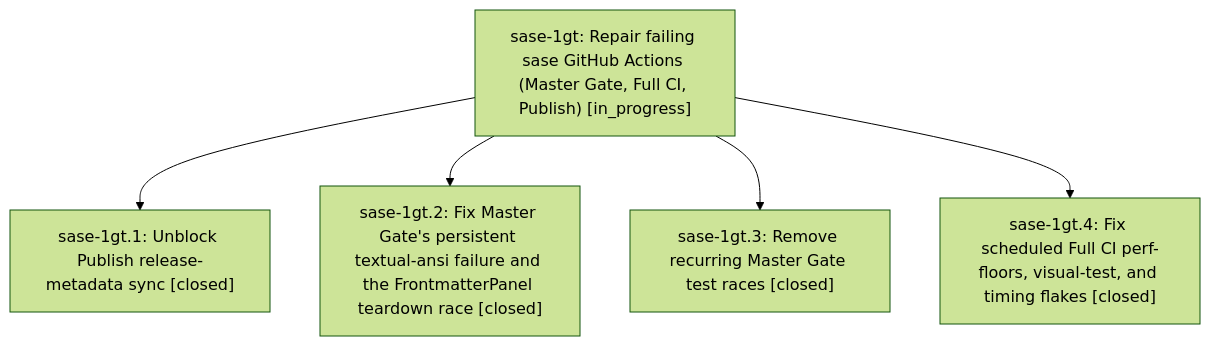
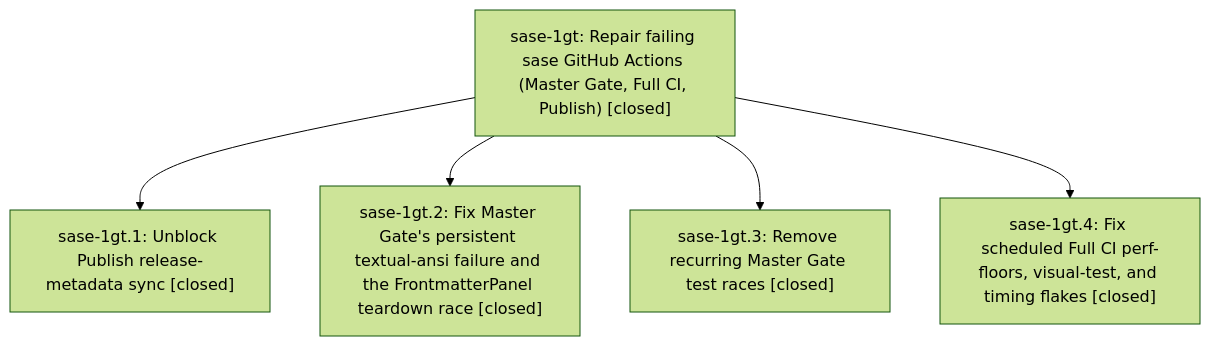
Before and after one commit to sase-org/sase--beads: the diagram in pages/sase-1gt/README.md, drawn with Mermaid (forest theme). The commit also changed other lines of this file and 1 other file, not shown here.

First line of the commit message:
chore(beads): sync bead state and pages for sase-1gt

````diff
--- a/pages/sase-1gt/README.md
+++ b/pages/sase-1gt/README.md
@@ -25,12 +33,12 @@
 ```mermaid
 flowchart TD
-    n0["sase-1gt: Repair failing sase GitHub Actions (Master Gate, Full CI, Publish) [in_progress]"]
+    n0["sase-1gt: Repair failing sase GitHub Actions (Master Gate, Full CI, Publish) [closed]"]
     n1["sase-1gt.1: Unblock Publish release-metadata sync [closed]"]
     n2["sase-1gt.2: Fix Master Gate's persistent textual-ansi failure and the FrontmatterPanel teardown race [closed]"]
     n3["sase-1gt.3: Remove recurring Master Gate test races [closed]"]
     n4["sase-1gt.4: Fix scheduled Full CI perf-floors, visual-test, and timing flakes [closed]"]
     n0 --> n1
     n0 --> n2
     n0 --> n3
     n0 --> n4
 ```
````
